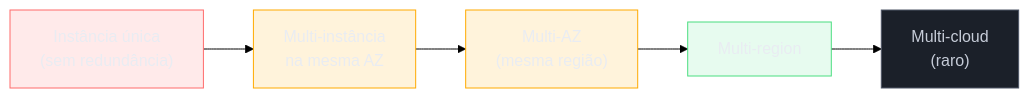
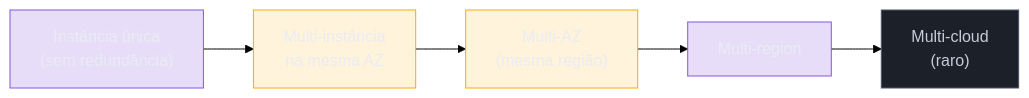
Before and after one commit to josenaldo/codex-technomanticus: the second of 3 diagrams in 03-Dominios/Tecnologia/Cloud/20 - Resiliência e continuidade/01 - Por que resiliência.md, drawn with Mermaid (forest theme). The commit also changed 601 other files, not shown here.

````diff
--- a/03-Dominios/Tecnologia/Cloud/20 - Resiliência e continuidade/01 - Por que resiliência.md
+++ b/03-Dominios/Tecnologia/Cloud/20 - Resiliência e continuidade/01 - Por que resiliência.md
@@ -66,17 +66,16 @@
 ```mermaid
 flowchart LR
-    classDef falha fill:#FF6B6B24,stroke:#FF6B6B,color:#E9ECF2
+    classDef marca fill:#8855DF33,stroke:#8855DF,color:#E9ECF2
     classDef destaque fill:#FFAA0024,stroke:#FFAA00,color:#E9ECF2
-    classDef ok fill:#4ADE8021,stroke:#4ADE80,color:#E9ECF2
     classDef neutro fill:#1B2029,stroke:#4E5666,color:#C6CCD8
     N1["Instância única<br/>(sem redundância)"] --> N2["Multi-instância<br/>na mesma AZ"]
     N2 --> N3["Multi-AZ<br/>(mesma região)"]
     N3 --> N4["Multi-region"]
     N4 --> N5["Multi-cloud<br/>(raro)"]
 
-    class N1 falha
+    class N1 marca
     class N2 destaque
     class N3 destaque
-    class N4 ok
+    class N4 marca
     class N5 neutro
 ```
````
